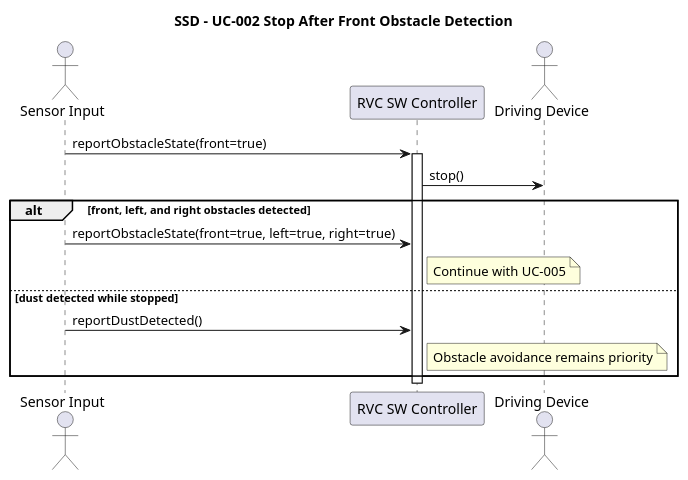
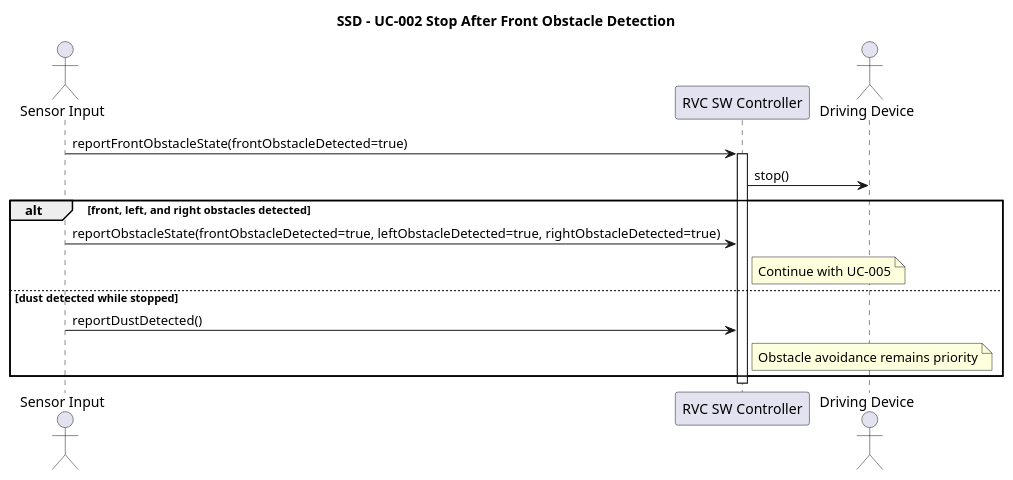
Before and after one commit to OOAD-Team3/Robot-Vacuum-Cleaner-AI: the diagram in docs/ssd/UC-002.puml, drawn with PlantUML. The commit also changed 14 other files, not shown here.

Commit message:
docs: address diagram review feedback

```diff
--- a/docs/ssd/UC-002.puml
+++ b/docs/ssd/UC-002.puml
@@ -1,20 +1,20 @@
 @startuml SSD_UC002_Stop_On_Front_Obstacle
 title SSD - UC-002 Stop After Front Obstacle Detection
 
 actor "Sensor Input" as Sensor
 participant "RVC SW Controller" as System
 actor "Driving Device" as Drive
 
-Sensor -> System: reportObstacleState(front=true)
+Sensor -> System: reportFrontObstacleState(frontObstacleDetected=true)
 activate System
 System -> Drive: stop()
 
 alt front, left, and right obstacles detected
-    Sensor -> System: reportObstacleState(front=true, left=true, right=true)
+    Sensor -> System: reportObstacleState(frontObstacleDetected=true, leftObstacleDetected=true, rightObstacleDetected=true)
     note right of System: Continue with UC-005
 else dust detected while stopped
     Sensor -> System: reportDustDetected()
     note right of System: Obstacle avoidance remains priority
 end
 deactivate System
 @enduml
```
